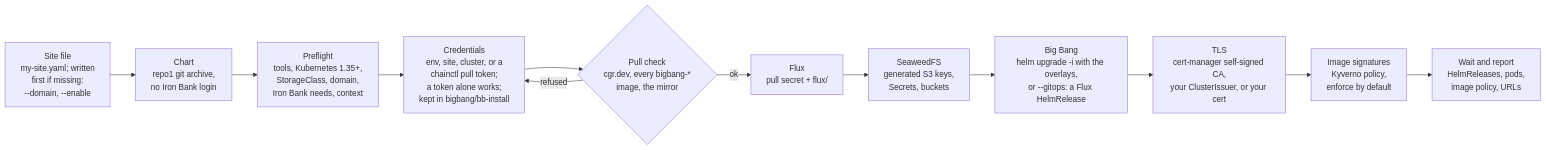
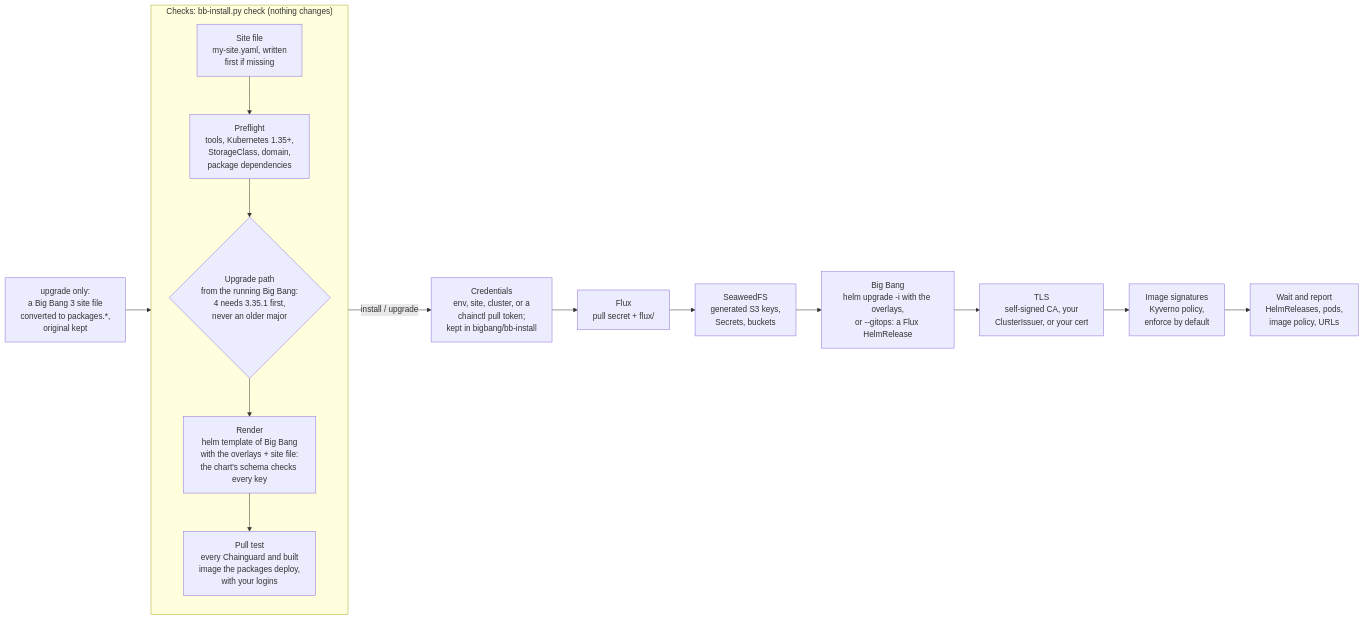
Before and after one commit to Zapata-Technology/bigbang-chainguard: the fourth of 9 diagrams in docs/architecture.md, drawn with Mermaid. The commit also changed other lines of this file and 7 other files, not shown here.

First line of the commit message:
Docs, diagrams and the installer test for Big Bang 4 and check/upgrade

````diff
--- a/docs/architecture.md
+++ b/docs/architecture.md
@@ -142,14 +143,18 @@
 ```mermaid
 flowchart LR
-    SF[Site file<br/>my-site.yaml; written<br/>first if missing:<br/>--domain, --enable] --> CH[Chart<br/>repo1 git archive,<br/>no Iron Bank login]
-    CH --> PF[Preflight<br/>tools, Kubernetes 1.35+,<br/>StorageClass, domain,<br/>Iron Bank needs, context]
-    PF --> CR[Credentials<br/>env, site, cluster, or a<br/>chainctl pull token;<br/>a token alone works;<br/>kept in bigbang/bb-install]
-    CR --> PC{Pull check<br/>cgr.dev, every bigbang-*<br/>image, the mirror}
-    PC -- refused --> CR
-    PC -- ok --> FX[Flux<br/>pull secret + flux/]
+    subgraph checks["Checks: bb-install.py check (nothing changes)"]
+        direction TB
+        SF[Site file<br/>my-site.yaml, written<br/>first if missing] --> PF[Preflight<br/>tools, Kubernetes 1.35+,<br/>StorageClass, domain,<br/>package dependencies]
+        PF --> UP{Upgrade path<br/>from the running Big Bang:<br/>4 needs 3.35.1 first,<br/>never an older major}
+        UP --> RD[Render<br/>helm template of Big Bang<br/>with the overlays + site file:<br/>the chart's schema checks every key]
+        RD --> PC[Pull test<br/>every Chainguard and built<br/>image the packages deploy,<br/>with your logins]
+    end
+    MG[upgrade only:<br/>a Big Bang 3 site file<br/>converted to packages.*,<br/>original kept] --> SF
+    PC -- "install / upgrade" --> CR[Credentials<br/>env, site, cluster, or a<br/>chainctl pull token;<br/>kept in bigbang/bb-install]
+    CR --> FX[Flux<br/>pull secret + flux/]
     FX --> SW[SeaweedFS<br/>generated S3 keys,<br/>Secrets, buckets]
     SW --> BB[Big Bang<br/>helm upgrade -i with the overlays,<br/>or --gitops: a Flux HelmRelease]
-    BB --> TL[TLS<br/>cert-manager self-signed CA,<br/>your ClusterIssuer, or your cert]
+    BB --> TL[TLS<br/>self-signed CA, your<br/>ClusterIssuer, or your cert]
     TL --> SG[Image signatures<br/>Kyverno policy,<br/>enforce by default]
     SG --> W[Wait and report<br/>HelmReleases, pods,<br/>image policy, URLs]
 ```
````
